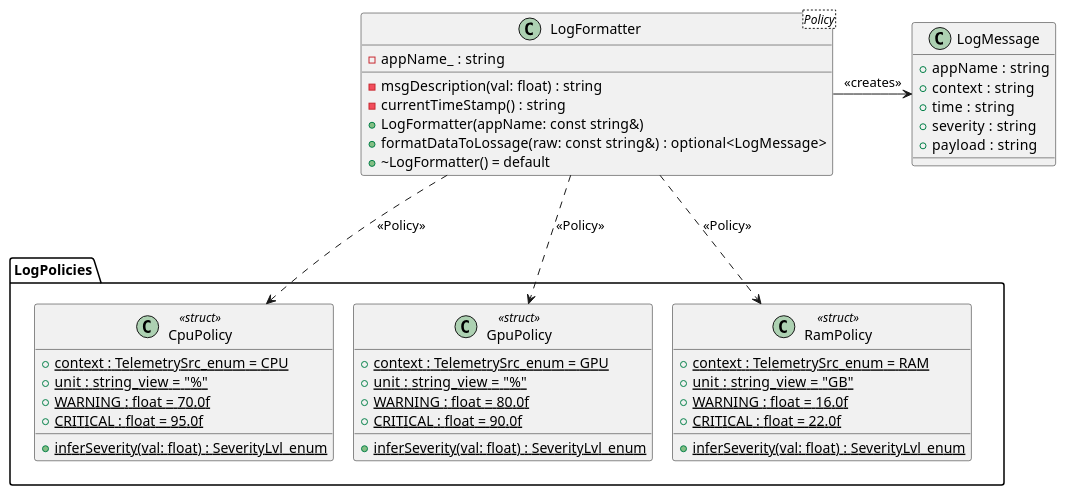
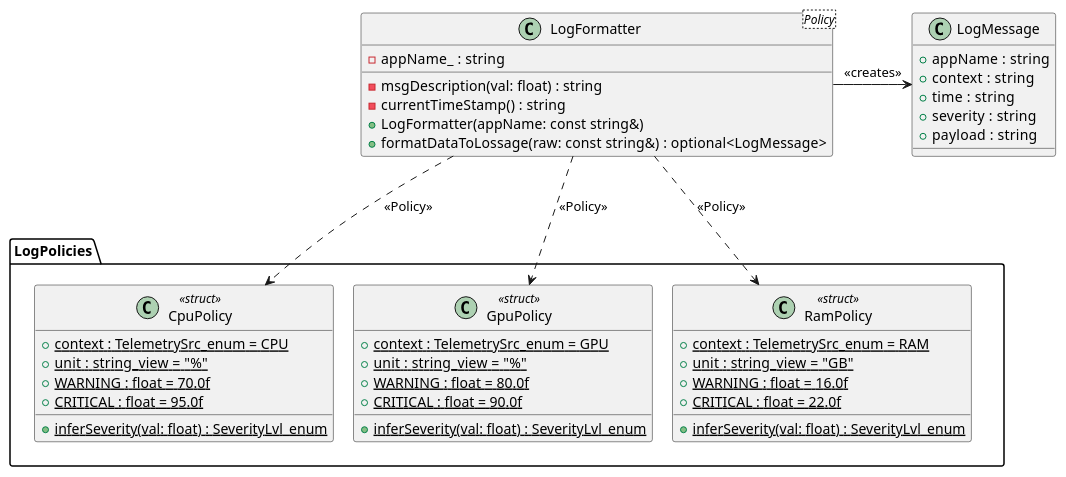
The diagram in diagrams/Formatter_ClassDiagram.puml (YouhanaBeshay/LogArbiter), drawn with PlantUML before and after one commit. The commit also changed 5 other files, not shown here.

```diff
--- a/diagrams/Formatter_ClassDiagram.puml
+++ b/diagrams/Formatter_ClassDiagram.puml
@@ -1,76 +1,76 @@
 @startuml LogFormatter_ClassDiagram
 
 ' skinparam linetype polyline
 skinparam ranksep 80
 skinparam nodesep 20
 
 ' ==================== CLASSES ====================
 
 ' Template Class
 class "LogFormatter<Policy>" as LogFormatter {
     -appName_ :  string
     -msgDescription(val: float) :  string
     -currentTimeStamp() :  string
     +LogFormatter(appName: const  string&)
     +formatDataToLossage(raw: const  string&) :  optional<LogMessage>
-    +~LogFormatter() = default
+
 }
 
 ' Normal Class
 class LogMessage {
     +appName :  string
     +context :  string
     +time :  string
     +severity :  string
     +payload :  string
 }
 
 
 ' Policy Classes
 package "LogPolicies" {
 
 class CpuPolicy <<struct>> {
     +{static} context : TelemetrySrc_enum = CPU
     +{static} unit :  string_view = "%"
     +{static} WARNING : float = 70.0f
     +{static} CRITICAL : float = 95.0f
     +{static} inferSeverity(val: float) : SeverityLvl_enum
 }
 
 class GpuPolicy <<struct>> {
     +{static} context : TelemetrySrc_enum = GPU
     +{static} unit :  string_view = "%"
     +{static} WARNING : float = 80.0f
     +{static} CRITICAL : float = 90.0f
     +{static} inferSeverity(val: float) : SeverityLvl_enum
 }
 
 class RamPolicy <<struct>> {
     +{static} context : TelemetrySrc_enum = RAM
     +{static} unit :  string_view = "GB"
     +{static} WARNING : float = 16.0f
     +{static} CRITICAL : float = 22.0f
     +{static} inferSeverity(val: float) : SeverityLvl_enum
 }
 
 }
 
 ' ==================== LAYOUT CONTROL ====================
 
 LogFormatter -[hidden]down- LogPolicies
 LogMessage -[hidden]right- LogFormatter
 
 CpuPolicy -[hidden]right- GpuPolicy
 GpuPolicy -[hidden]right- RamPolicy
 
 
 ' ==================== ACTUAL RELATIONSHIPS ====================
 
 LogFormatter --> LogMessage : <<creates>>
 
 LogFormatter ..> CpuPolicy : <<Policy>>
 LogFormatter ..> GpuPolicy : <<Policy>>
 LogFormatter ..> RamPolicy : <<Policy>>
 
 
 @enduml
```
